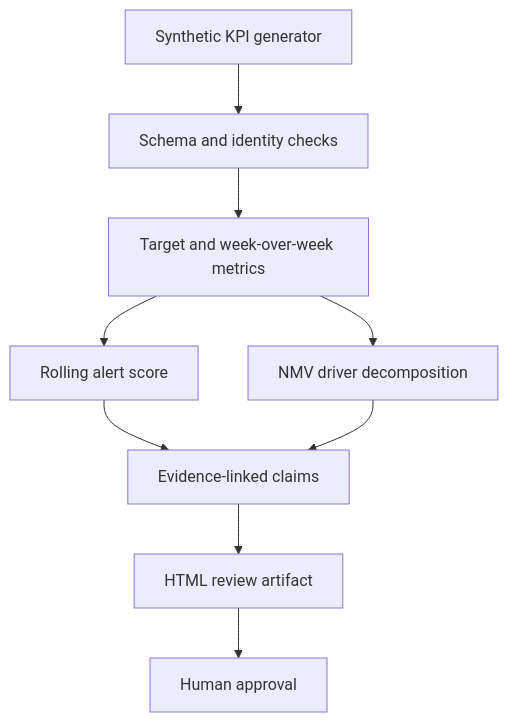
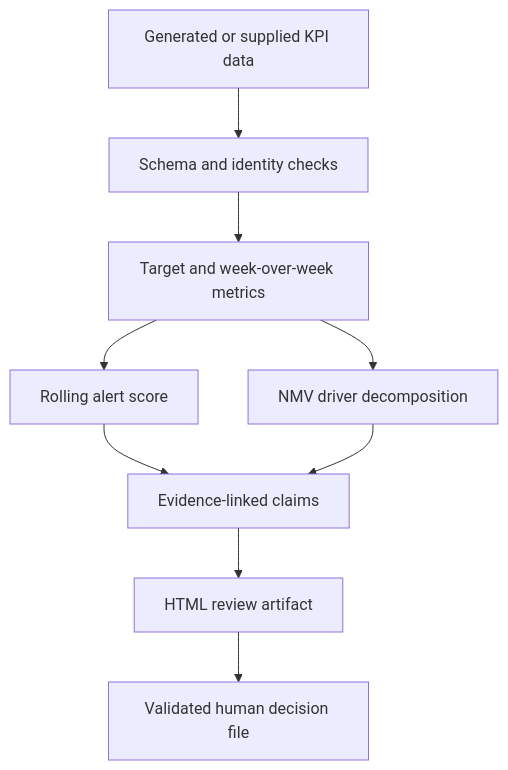
One commit to parisaMSTFV/agentic-business-review changed the diagram in README.md. Above: the diagram before and after it, drawn with Mermaid. The commit also changed other lines of this file and 23 other files, not shown here.

````diff
--- a/README.md
+++ b/README.md
@@ -28,11 +45,11 @@
 ```mermaid
 flowchart TD
-    A["Synthetic KPI generator"] --> B["Schema and identity checks"]
+    A["Generated or supplied KPI data"] --> B["Schema and identity checks"]
     B --> C["Target and week-over-week metrics"]
     C --> D["Rolling alert score"]
     C --> E["NMV driver decomposition"]
     D --> F["Evidence-linked claims"]
     E --> F
     F --> G["HTML review artifact"]
-    G --> H["Human approval"]
+    G --> H["Validated human decision file"]
 ```
````
